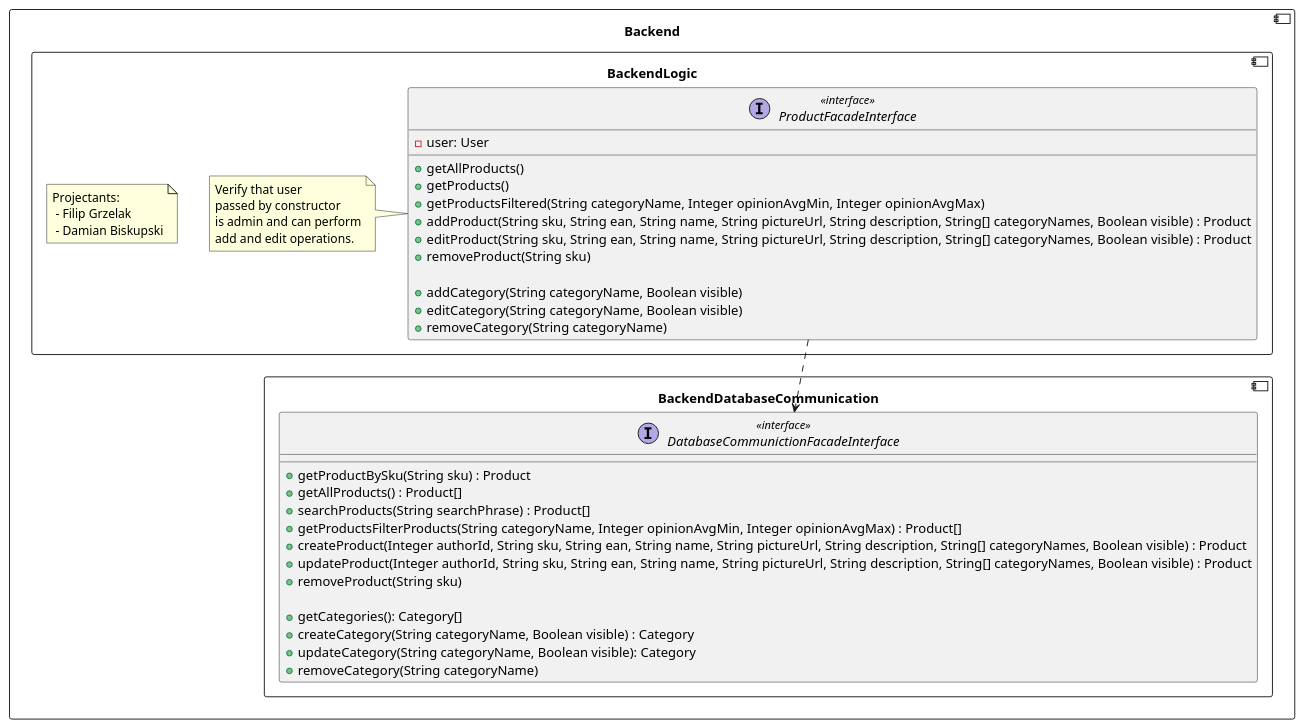
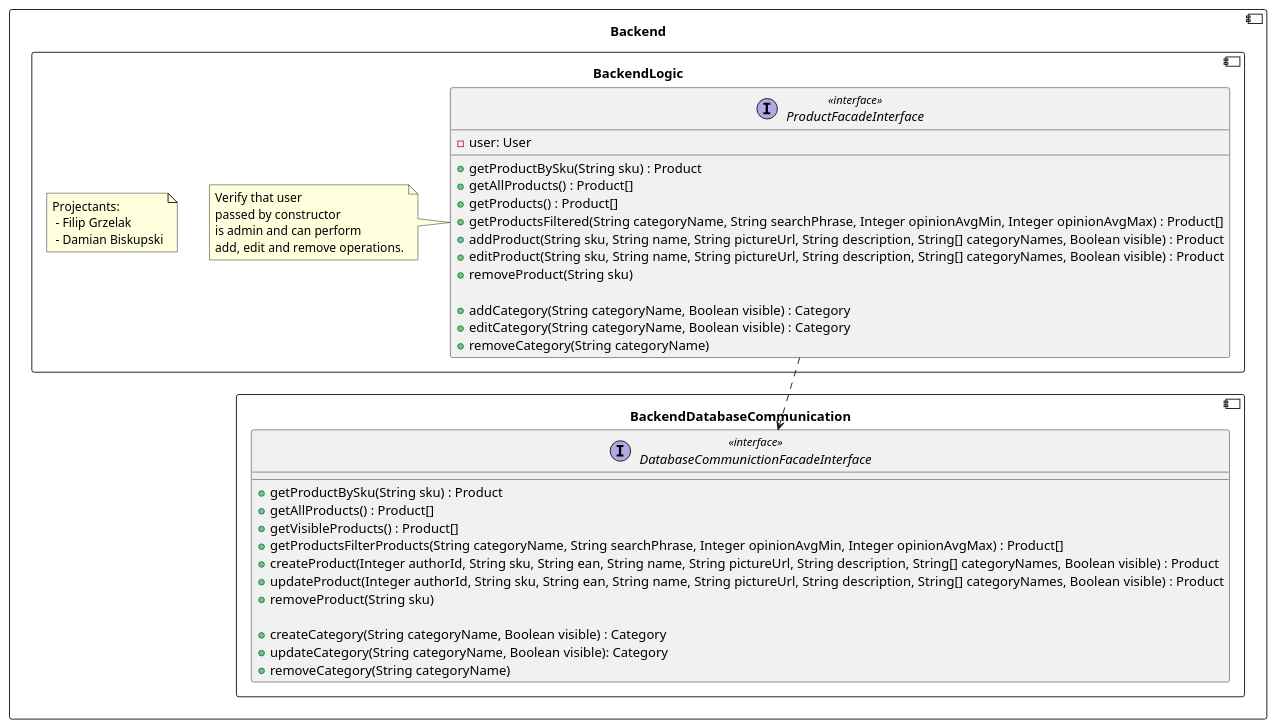
One commit to RadekBucki/OpinionCollectorArchitecture changed the third of 5 diagrams in backend/BackendLogic.md. Above: the diagram before and after it, drawn with PlantUML. The commit also changed other lines of this file and 2 other files, not shown here.

Commit message:
Change all of the inconsistent things

````diff
--- a/backend/BackendLogic.md
+++ b/backend/BackendLogic.md
@@ -82,52 +89,52 @@
 ```plantuml
 @startuml
 component Backend {
     component BackendDatabaseCommunication {
         interface DatabaseCommunictionFacadeInterface <<interface>> {
             + getProductBySku(String sku) : Product
             + getAllProducts() : Product[]
-            + searchProducts(String searchPhrase) : Product[]
-            + getProductsFilterProducts(String categoryName, Integer opinionAvgMin, Integer opinionAvgMax) : Product[]
+            + getVisibleProducts() : Product[]
+            + getProductsFilterProducts(String categoryName, String searchPhrase, Integer opinionAvgMin, Integer opinionAvgMax) : Product[]
             + createProduct(Integer authorId, String sku, String ean, String name, String pictureUrl, String description, String[] categoryNames, Boolean visible) : Product
             + updateProduct(Integer authorId, String sku, String ean, String name, String pictureUrl, String description, String[] categoryNames, Boolean visible) : Product
             + removeProduct(String sku)
-            
-            + getCategories(): Category[]
+
             + createCategory(String categoryName, Boolean visible) : Category
             + updateCategory(String categoryName, Boolean visible): Category
             + removeCategory(String categoryName)
         }
     }
     
     component BackendLogic {
         note as Authors
             Projectants: 
              - Filip Grzelak
              - Damian Biskupski
         endnote
         
         ProductFacadeInterface  ..> DatabaseCommunictionFacadeInterface
         interface ProductFacadeInterface <<interface>> {
             - user: User
-            + getAllProducts()
-            + getProducts()
-            + getProductsFiltered(String categoryName, Integer opinionAvgMin, Integer opinionAvgMax)
-            + addProduct(String sku, String ean, String name, String pictureUrl, String description, String[] categoryNames, Boolean visible) : Product
-            + editProduct(String sku, String ean, String name, String pictureUrl, String description, String[] categoryNames, Boolean visible) : Product
+            + getProductBySku(String sku) : Product
+            + getAllProducts() : Product[]
+            + getProducts() : Product[]
+            + getProductsFiltered(String categoryName, String searchPhrase, Integer opinionAvgMin, Integer opinionAvgMax) : Product[]
+            + addProduct(String sku, String name, String pictureUrl, String description, String[] categoryNames, Boolean visible) : Product
+            + editProduct(String sku, String name, String pictureUrl, String description, String[] categoryNames, Boolean visible) : Product
             + removeProduct(String sku)
             
-            + addCategory(String categoryName, Boolean visible)
-            + editCategory(String categoryName, Boolean visible)
+            + addCategory(String categoryName, Boolean visible) : Category
+            + editCategory(String categoryName, Boolean visible) : Category
             + removeCategory(String categoryName)
         }
     
         note left of ProductFacadeInterface
             Verify that user
             passed by constructor
             is admin and can perform
-            add and edit operations.
+            add, edit and remove operations.
         endnote
     }
 }
 @enduml 
 ```
````
